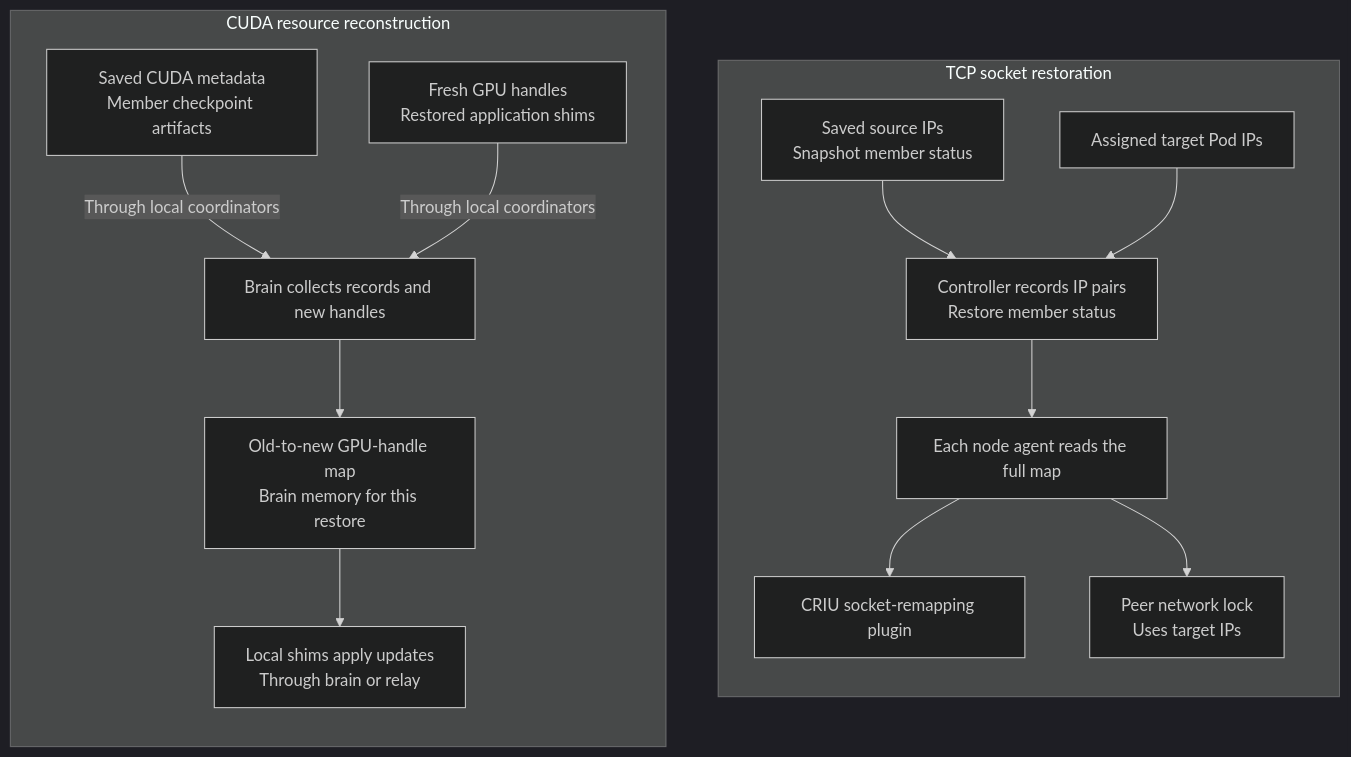
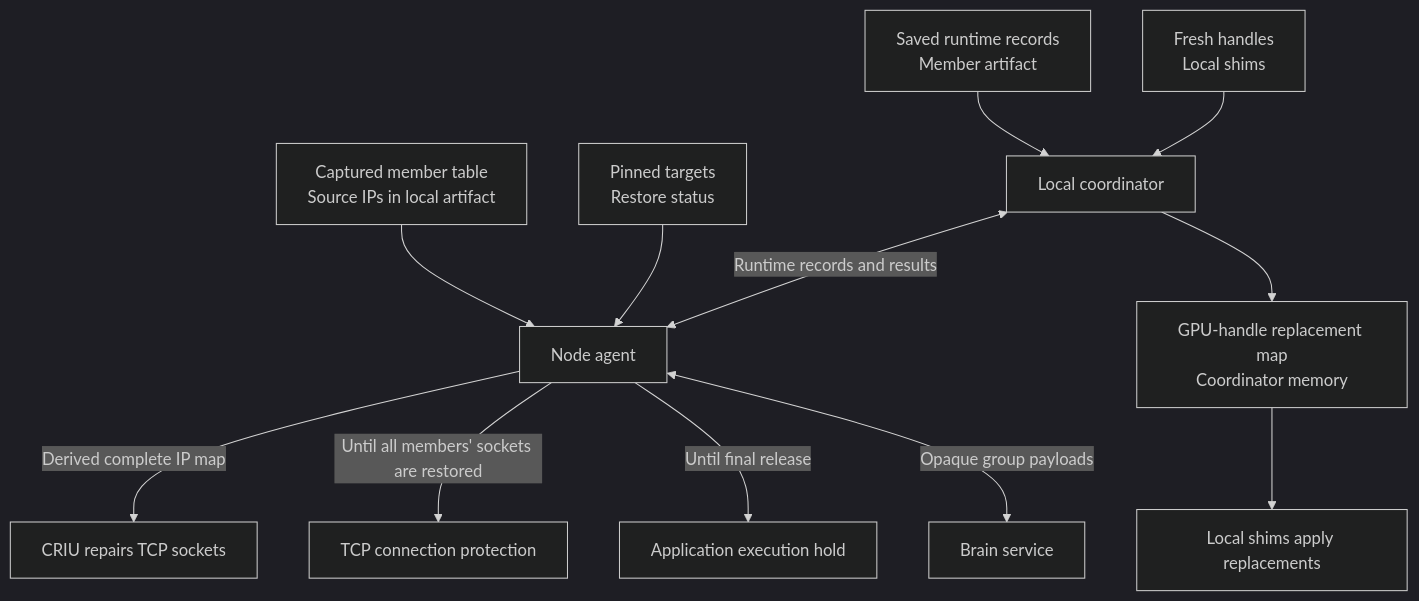
Before and after one commit to ai-dynamo/snapshot: the third of 5 diagrams in docs/proposals/324-multi-pod-snapshot-restore/README.md, drawn with Mermaid (dark theme). The commit also changed other lines of this file, not shown here.

Commit message:
docs: simplify multi-pod snapshot coordination

````diff
--- a/docs/proposals/324-multi-pod-snapshot-restore/README.md
+++ b/docs/proposals/324-multi-pod-snapshot-restore/README.md
@@ -314,18 +280,14 @@
 ```mermaid
 flowchart TB
-    subgraph TCP["TCP socket restoration"]
-        direction TB
-        OLD["Saved source IPs<br/>Snapshot member status"] --> PAIRS["Controller records IP pairs<br/>Restore member status"]
-        TARGET["Assigned target Pod IPs"] --> PAIRS
-        PAIRS --> AGENT["Each node agent reads the full map"]
-        AGENT --> CRIU["CRIU socket-remapping plugin"]
-        AGENT --> LOCK["Peer network lock<br/>Uses target IPs"]
-    end
-    subgraph CUDA["CUDA resource reconstruction"]
-        direction TB
-        SAVED["Saved CUDA metadata<br/>Member checkpoint artifacts"] -->|"Through local coordinators"| BRAIN["Brain collects records and new handles"]
-        EXPORTS["Fresh GPU handles<br/>Restored application shims"] -->|"Through local coordinators"| BRAIN
-        BRAIN --> HANDLES["Old-to-new GPU-handle map<br/>Brain memory for this restore"]
-        HANDLES --> SHIMS["Local shims apply updates<br/>Through brain or relay"]
-    end
+    OLD["Captured member table<br/>Source IPs in local artifact"] --> A["Node agent"]
+    NEW["Pinned targets<br/>Restore status"] --> A
+    A -->|"Derived complete IP map"| C["CRIU repairs TCP sockets"]
+    A -->|"Until all members' sockets are restored"| L["TCP connection protection"]
+    A -->|"Until final release"| G["Application execution hold"]
+    A <-->|"Opaque group payloads"| B["Brain service"]
+    SAVED["Saved runtime records<br/>Member artifact"] --> H["Local coordinator"]
+    H <-->|"Runtime records and results"| A
+    FRESH["Fresh handles<br/>Local shims"] --> H
+    H --> M["GPU-handle replacement map<br/>Coordinator memory"]
+    M --> S["Local shims apply replacements"]
 ```
````
